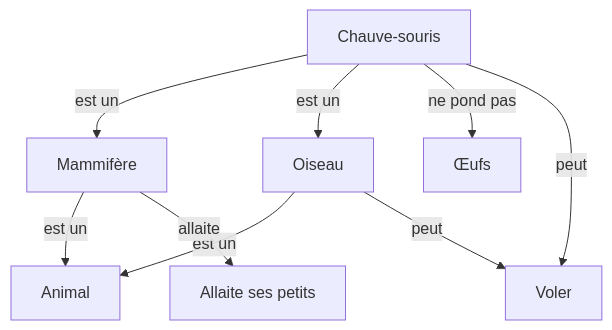
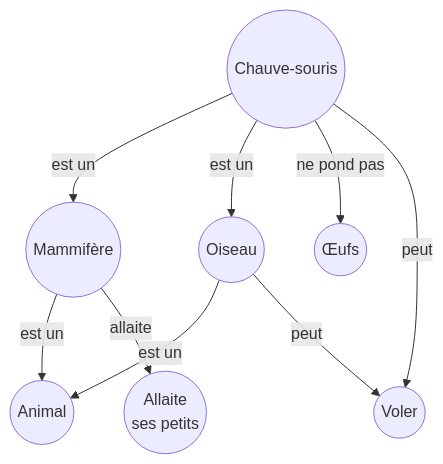
Before and after one commit to moad-cher/TPs-Ingenierie-des-Connaissances-: the first of 3 diagrams in TD-réseaux_semantiques/TD-CHERGUI-Moad.md, drawn with Mermaid. The commit also changed other lines of this file, not shown here.

````diff
--- a/TD-réseaux_semantiques/TD-CHERGUI-Moad.md
+++ b/TD-réseaux_semantiques/TD-CHERGUI-Moad.md
@@ -3,19 +11,19 @@
-```mermaid
-graph
-    Animal[Animal]
-    Oiseau[Oiseau]
-    Mammifere[Mammifère]
-    ChauveSouris[Chauve-souris]
-    Oeufs[Œufs]
-    Voler[Voler]
-    Allaiter[Allaite ses petits]
+    ```mermaid
+    graph
+        Animal((Animal))
+        Oiseau((Oiseau))
+        Mammifere((Mammifère))
+        ChauveSouris((Chauve-souris))
+        Oeufs((Œufs))
+        Voler((Voler))
+        Allaiter((Allaite <br>ses petits))
 
-    Oiseau -->|est un| Animal
-    Oiseau -->|peut| Voler
-    Mammifere -->|est un| Animal
-    Mammifere -->|allaite| Allaiter
-    ChauveSouris -->|est un| Mammifere
-    ChauveSouris -->|est un| Oiseau
-    ChauveSouris -->|ne pond pas| Oeufs
-    ChauveSouris -->|peut| Voler
-```
+        Oiseau -->|est un| Animal
+        Oiseau -->|peut| Voler
+        Mammifere -->|est un| Animal
+        Mammifere -->|allaite| Allaiter
+        ChauveSouris -->|est un| Mammifere
+        ChauveSouris -->|est un| Oiseau
+        ChauveSouris -->|ne pond pas| Oeufs
+        ChauveSouris -->|peut| Voler
+    ```
````
